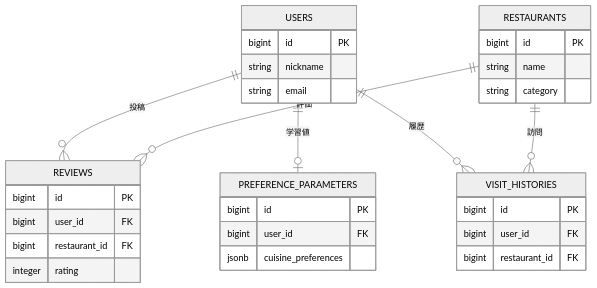
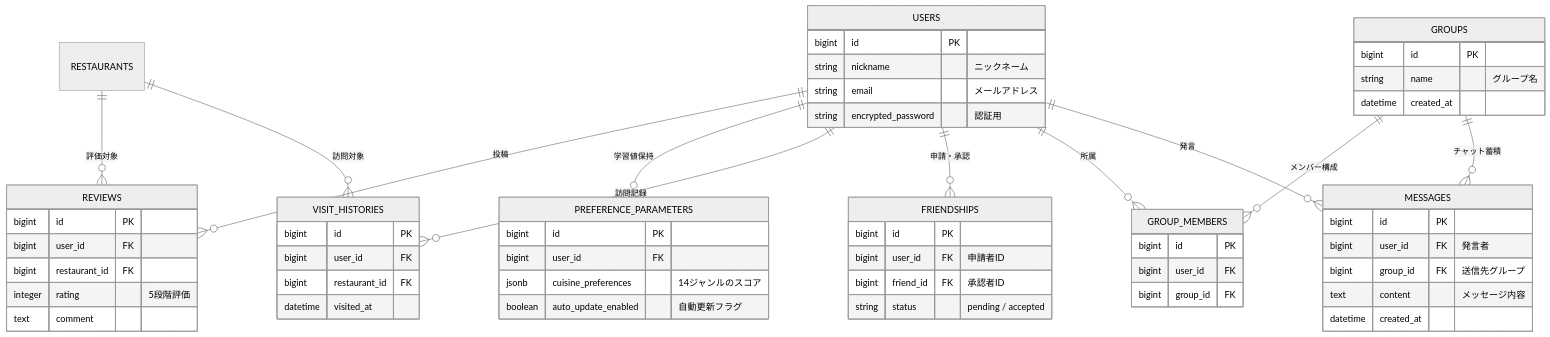
The diagram in README.md (yusakutak/recommend_app), drawn with Mermaid (neutral theme) before and after one commit.

Commit message:
renew erDiagram

````diff
--- a/README.md
+++ b/README.md
@@ -1,35 +1,71 @@
 ```mermaid
 erDiagram
     USERS ||--o{ REVIEWS : "投稿"
-    USERS ||--o| PREFERENCE_PARAMETERS : "学習値"
-    USERS ||--o{ VISIT_HISTORIES : "履歴"
-    RESTAURANTS ||--o{ REVIEWS : "評価"
-    RESTAURANTS ||--o{ VISIT_HISTORIES : "訪問"
+    USERS ||--o| PREFERENCE_PARAMETERS : "学習値保持"
+    USERS ||--o{ VISIT_HISTORIES : "訪問記録"
+    USERS ||--o{ FRIENDSHIPS : "申請・承認"
+    USERS ||--o{ GROUP_MEMBERS : "所属"
+    USERS ||--o{ MESSAGES : "発言"
+
+    GROUPS ||--o{ GROUP_MEMBERS : "メンバー構成"
+    GROUPS ||--o{ MESSAGES : "チャット蓄積"
+
+    RESTAURANTS ||--o{ REVIEWS : "評価対象"
+    RESTAURANTS ||--o{ VISIT_HISTORIES : "訪問対象"
 
     USERS {
         bigint id PK
-        string nickname
-        string email
+        string nickname "ニックネーム"
+        string email "メールアドレス"
+        string encrypted_password "認証用"
     }
-    RESTAURANTS {
+
+    FRIENDSHIPS {
         bigint id PK
-        string name
-        string category
+        bigint user_id FK "申請者ID"
+        bigint friend_id FK "承認者ID"
+        string status "pending / accepted"
     }
+
+    GROUPS {
+        bigint id PK
+        string name "グループ名"
+        datetime created_at
+    }
+
+    GROUP_MEMBERS {
+        bigint id PK
+        bigint user_id FK
+        bigint group_id FK
+    }
+
+    MESSAGES {
+        bigint id PK
+        bigint user_id FK "発言者"
+        bigint group_id FK "送信先グループ"
+        text content "メッセージ内容"
+        datetime created_at
+    }
+
+    PREFERENCE_PARAMETERS {
+        bigint id PK
+        bigint user_id FK
+        jsonb cuisine_preferences "14ジャンルのスコア"
+        boolean auto_update_enabled "自動更新フラグ"
+    }
+
     REVIEWS {
         bigint id PK
         bigint user_id FK
         bigint restaurant_id FK
-        integer rating
+        integer rating "5段階評価"
+        text comment
     }
-    PREFERENCE_PARAMETERS {
-        bigint id PK
-        bigint user_id FK
-        jsonb cuisine_preferences
-    }
+
     VISIT_HISTORIES {
         bigint id PK
         bigint user_id FK
         bigint restaurant_id FK
+        datetime visited_at
     }
 ```
````
